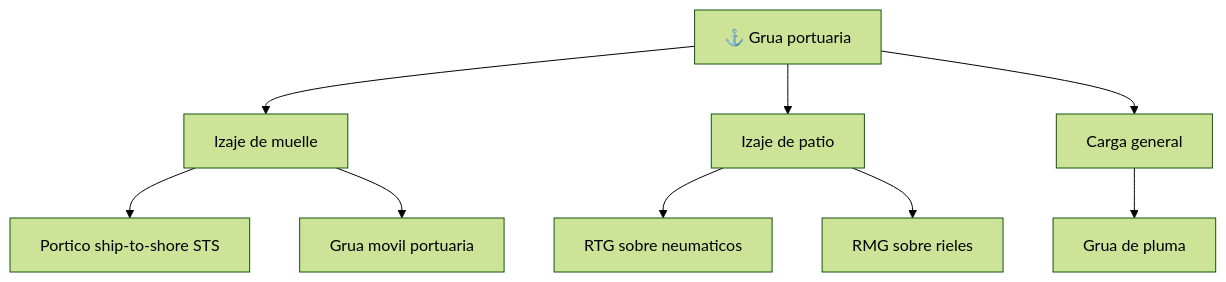
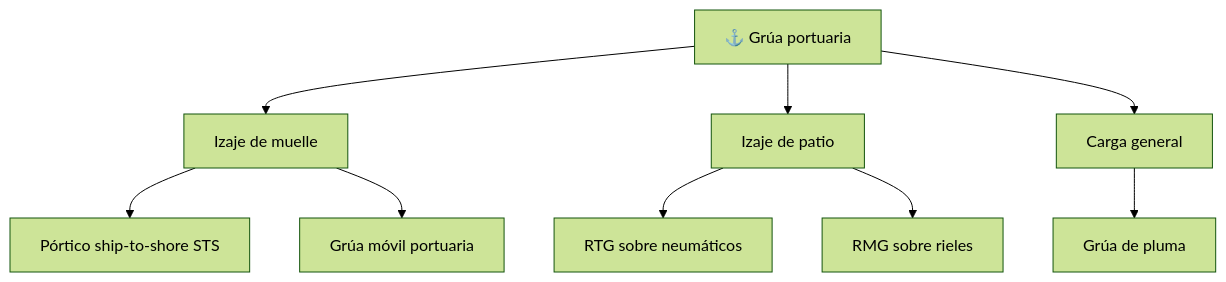
Before and after one commit to vladimiracunadev-create/machine-operator-program: the diagram in vehiculos/grua-portuaria/operacion/caracteristicas-grua-portuaria.md, drawn with Mermaid (forest theme). The commit also changed other lines of this file and 442 other files, not shown here.

````diff
--- a/vehiculos/grua-portuaria/operacion/caracteristicas-grua-portuaria.md
+++ b/vehiculos/grua-portuaria/operacion/caracteristicas-grua-portuaria.md
@@ -37,11 +37,11 @@
 ```mermaid
 flowchart TD
-    Grua[⚓ Grua portuaria] --> Muelle[Izaje de muelle]
+    Grua[⚓ Grúa portuaria] --> Muelle[Izaje de muelle]
     Grua --> Patio[Izaje de patio]
     Grua --> General[Carga general]
-    Muelle --> STS[Portico ship-to-shore STS]
-    Muelle --> Movil[Grua movil portuaria]
-    Patio --> RTG[RTG sobre neumaticos]
+    Muelle --> STS[Pórtico ship-to-shore STS]
+    Muelle --> Movil[Grúa móvil portuaria]
+    Patio --> RTG[RTG sobre neumáticos]
     Patio --> RMG[RMG sobre rieles]
-    General --> Pluma[Grua de pluma]
+    General --> Pluma[Grúa de pluma]
 ```
````
